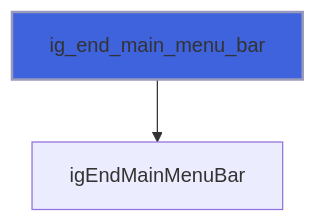
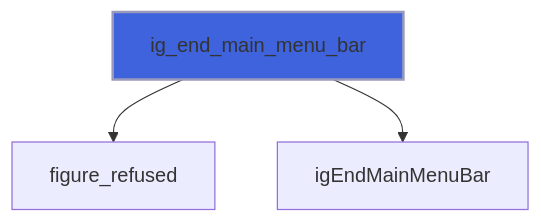
One commit to szaghi/figure changed the second of 14 diagrams in docs/api/src/lib/figure_menu.md. Above: the diagram before and after it, drawn with Mermaid. The commit also changed other lines of this file and 10 other files, not shown here.

````diff
--- a/docs/api/src/lib/figure_menu.md
+++ b/docs/api/src/lib/figure_menu.md
@@ -60,5 +64,6 @@
 ```mermaid
 flowchart TD
+  ig_end_main_menu_bar["ig_end_main_menu_bar"] --> figure_refused["figure_refused"]
   ig_end_main_menu_bar["ig_end_main_menu_bar"] --> igEndMainMenuBar["igEndMainMenuBar"]
   style ig_end_main_menu_bar fill:#3e63dd,stroke:#99b,stroke-width:2px
 ```
````
